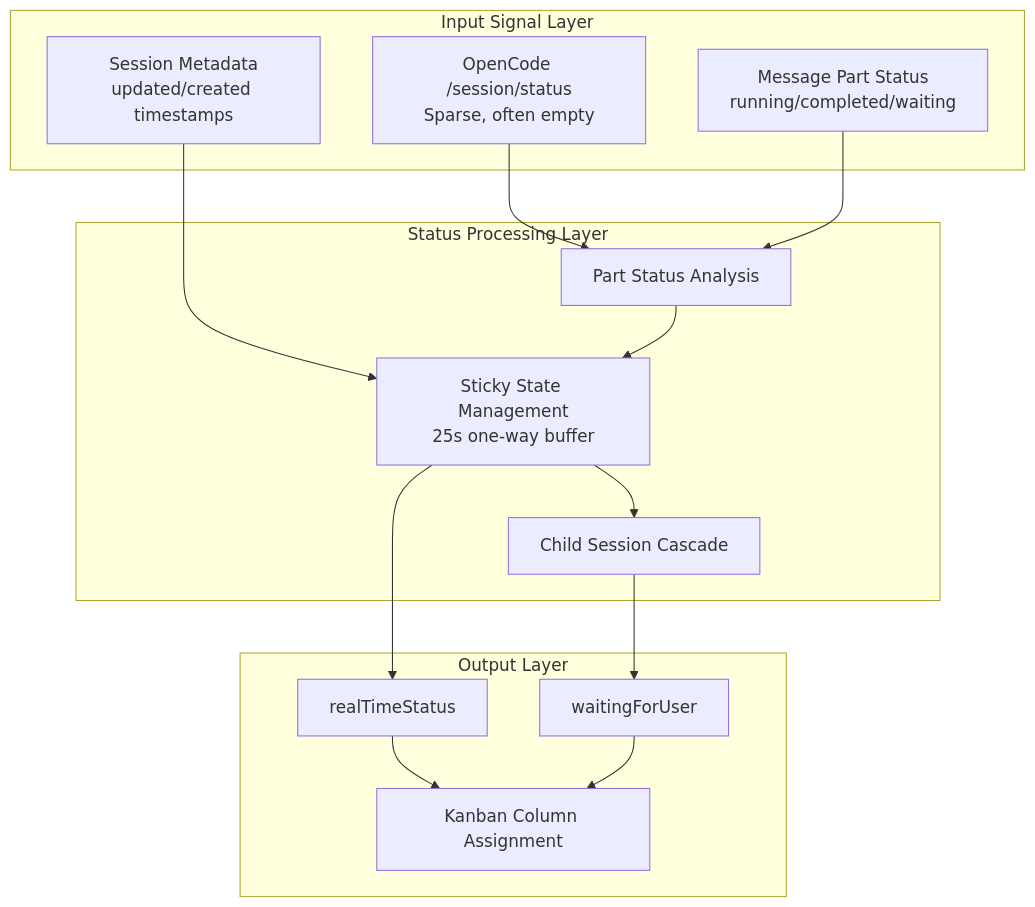
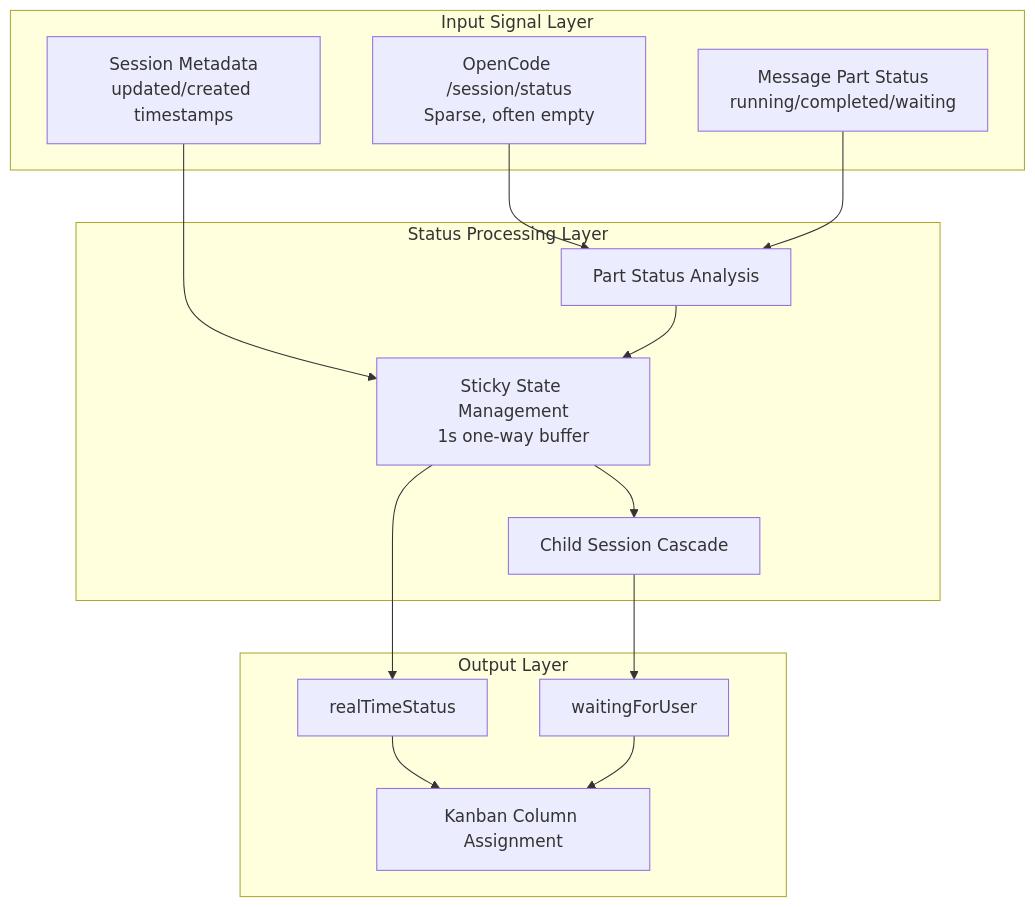
Before and after one commit to ChatTreeNet/VibePulse: the first of 8 diagrams in docs/session-status-detection.md, drawn with Mermaid. The commit also changed other lines of this file and 1 other file, not shown here.

Commit message:
docs: update session status detection documentation for improved sticky state management

````diff
--- a/docs/session-status-detection.md
+++ b/docs/session-status-detection.md
@@ -23,30 +23,30 @@
 ```mermaid
 flowchart TB
     subgraph Input["Input Signal Layer"]
         A1["OpenCode /session/status\nSparse, often empty"]
         A2["Message Part Status\nrunning/completed/waiting"]
         A3["Session Metadata\nupdated/created timestamps"]
     end
     
     subgraph Process["Status Processing Layer"]
         B1["Part Status Analysis"]
-        B2["Sticky State Management\n25s one-way buffer"]
+        B2["Sticky State Management\n1s one-way buffer"]
         B3["Child Session Cascade"]
     end
     
     subgraph Output["Output Layer"]
         C1["realTimeStatus"]
         C2["waitingForUser"]
         C3["Kanban Column Assignment"]
     end
     
     A1 --> B1
     A2 --> B1
     A3 --> B2
     B1 --> B2
     B2 --> C1
     B2 --> B3
     B3 --> C2
     C1 --> C3
     C2 --> C3
 ```
````
